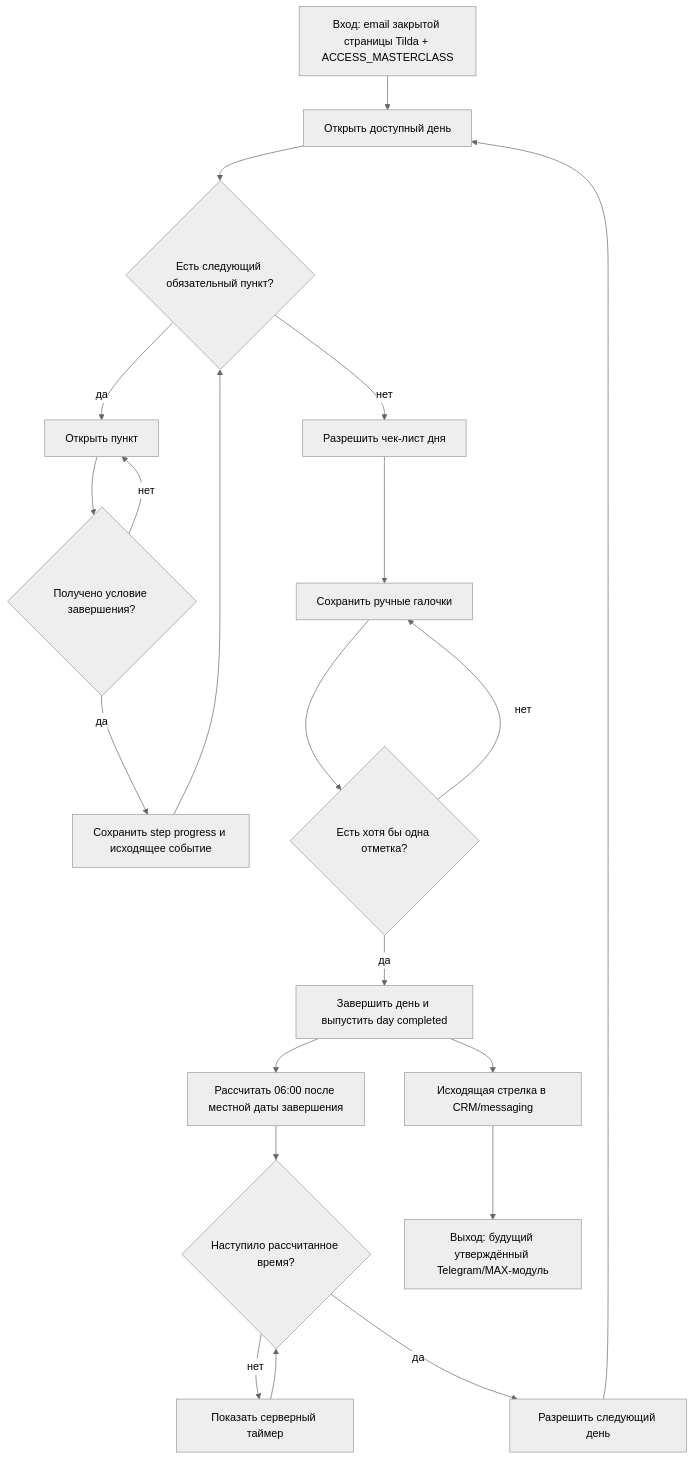
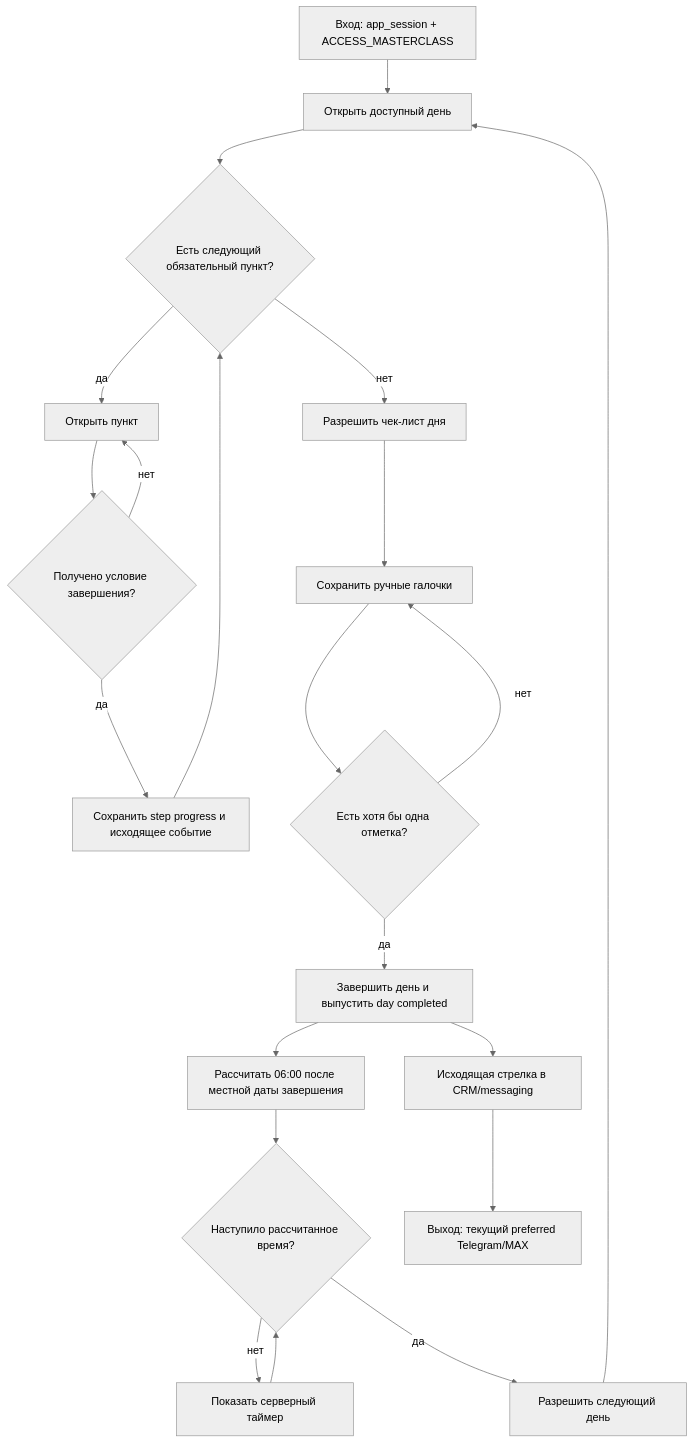
Before and after one commit to armagedongt/edabalans.ru: the diagram in docs/knowledge-base/modules/masterclass/COURSE_RUNTIME.md, drawn with Mermaid (neutral theme). The commit also changed other lines of this file and 59 other files, not shown here.

````diff
--- a/docs/knowledge-base/modules/masterclass/COURSE_RUNTIME.md
+++ b/docs/knowledge-base/modules/masterclass/COURSE_RUNTIME.md
@@ -251,23 +258,23 @@
 ```mermaid
 flowchart TD
-    A[Вход: email закрытой страницы Tilda + ACCESS_MASTERCLASS] --> B[Открыть доступный день]
+    A[Вход: app_session + ACCESS_MASTERCLASS] --> B[Открыть доступный день]
     B --> C{Есть следующий обязательный пункт?}
     C -- да --> D[Открыть пункт]
     D --> E{Получено условие завершения?}
     E -- нет --> D
     E -- да --> F[Сохранить step progress и исходящее событие]
     F --> C
     C -- нет --> G[Разрешить чек-лист дня]
     G --> H[Сохранить ручные галочки]
     H --> I{Есть хотя бы одна отметка?}
     I -- нет --> H
     I -- да --> J[Завершить день и выпустить day completed]
     J --> K[Рассчитать 06:00 после местной даты завершения]
     K --> L{Наступило рассчитанное время?}
     L -- нет --> P[Показать серверный таймер]
     P --> L
     L -- да --> M[Разрешить следующий день]
     M --> B
     J --> N[Исходящая стрелка в CRM/messaging]
-    N --> O[Выход: будущий утверждённый Telegram/MAX-модуль]
+    N --> O[Выход: текущий preferred Telegram/MAX]
 ```
````
